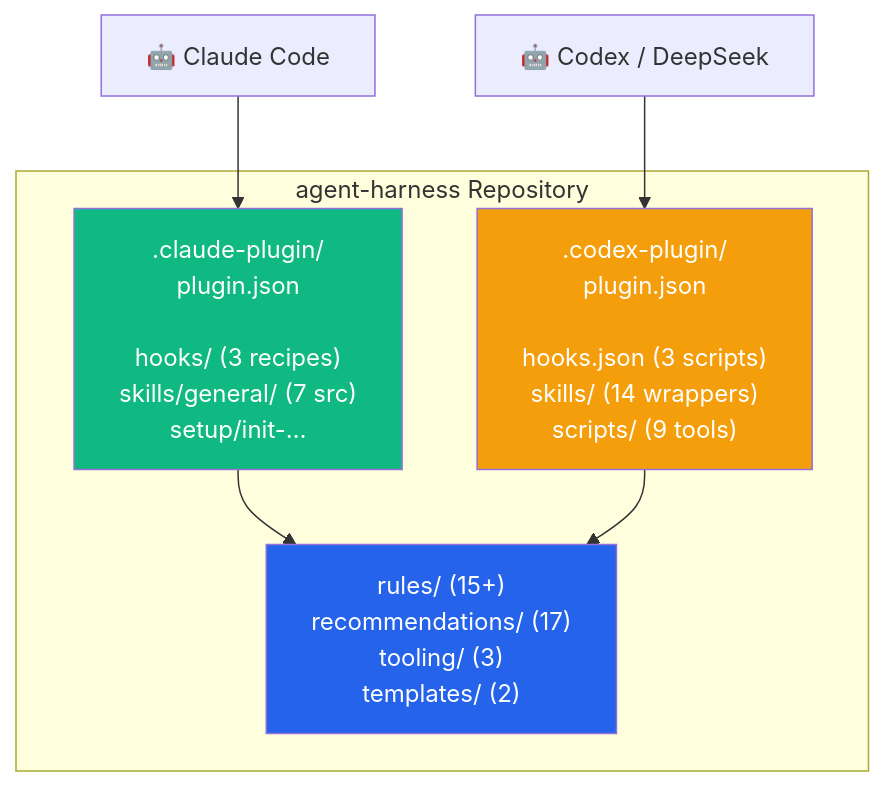
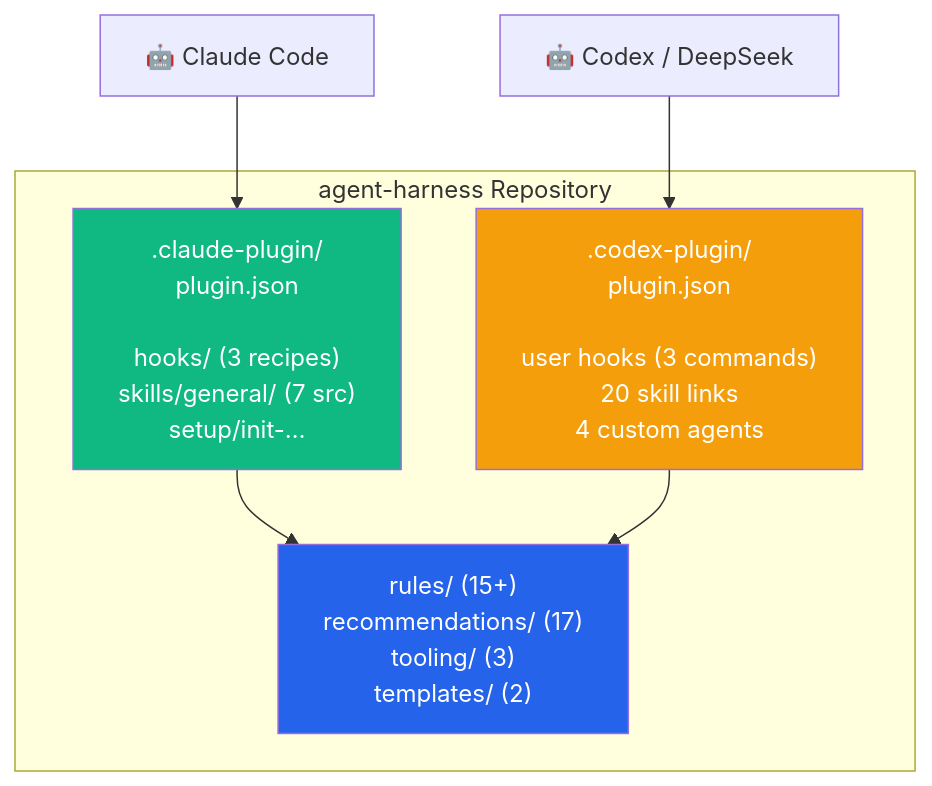
Before and after one commit to jajupmochi/agent-harness: the diagram in README.md, drawn with Mermaid. The commit also changed other lines of this file and 25 other files, not shown here.

````diff
--- a/README.md
+++ b/README.md
@@ -234,17 +235,17 @@
 ```mermaid
 graph TD
     subgraph "agent-harness Repository"
         CC[".claude-plugin/<br/>plugin.json<br/><br/>hooks/ (3 recipes)<br/>skills/general/ (7 src)<br/>setup/init-…"]
-        CX[".codex-plugin/<br/>plugin.json<br/><br/>hooks.json (3 scripts)<br/>skills/ (14 wrappers)<br/>scripts/ (9 tools)"]
+        CX[".codex-plugin/<br/>plugin.json<br/><br/>user hooks (3 commands)<br/>20 skill links<br/>4 custom agents"]
         SHARED["rules/ (15+)<br/>recommendations/ (17)<br/>tooling/ (3)<br/>templates/ (2)"]
     end
 
     CLAUDE["🤖 Claude Code"] --> CC
     CODEX["🤖 Codex / DeepSeek"] --> CX
     CC --> SHARED
     CX --> SHARED
 
     style SHARED fill:#2563EB,color:#fff
     style CC fill:#10B981,color:#fff
     style CX fill:#F59E0B,color:#fff
 ```
````
